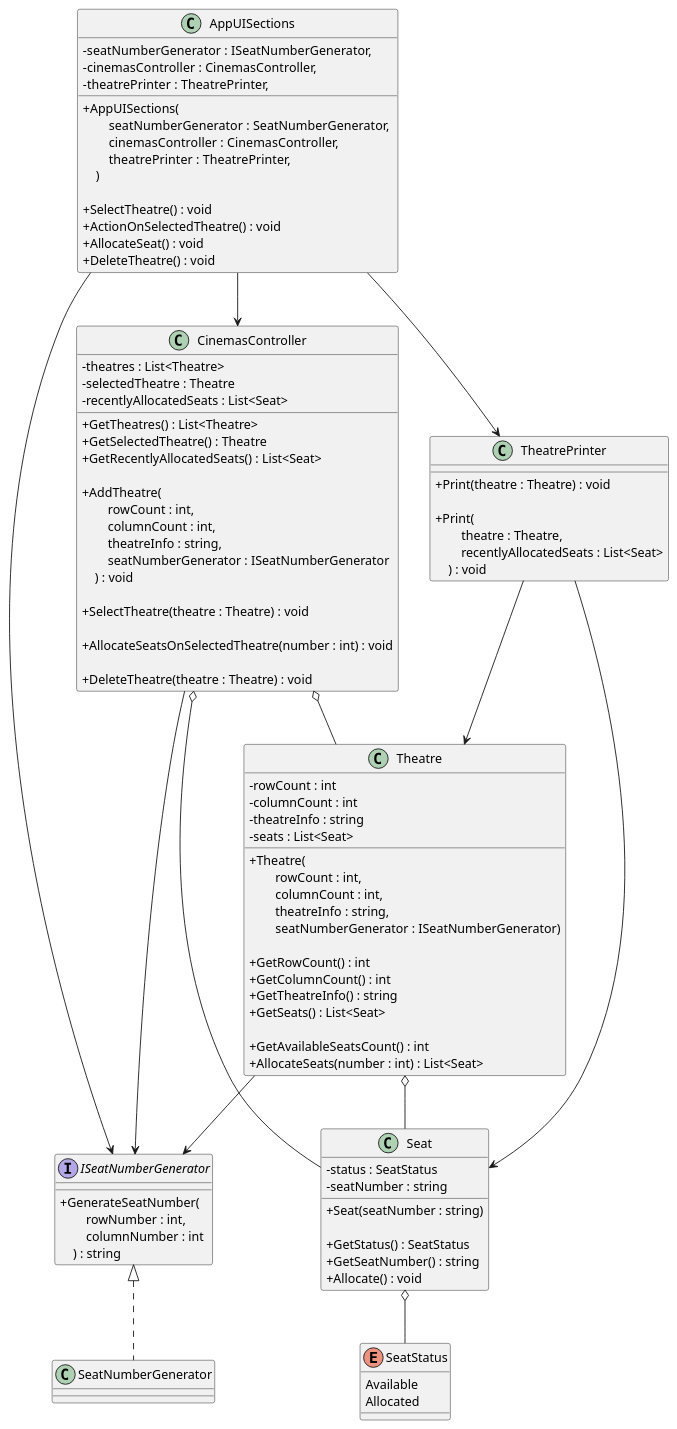
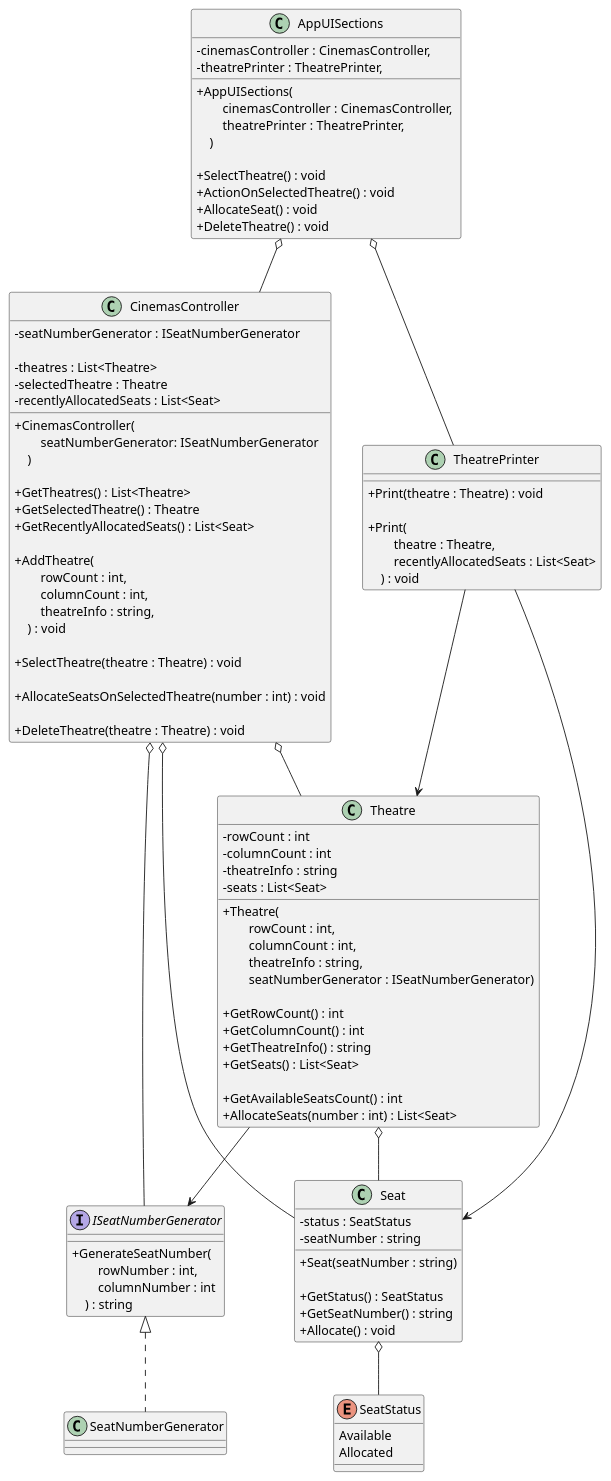
The diagram in diagrams/cinnamonCinemas.puml (iamfranco/CinnamonCinemasChallenge), drawn with PlantUML before and after one commit. The commit also changed 1 other file, not shown here.

Commit message:
UML: move ISeatNumberGenerator dependency from AppUISections to constructor of CinemasController

```diff
--- a/diagrams/cinnamonCinemas.puml
+++ b/diagrams/cinnamonCinemas.puml
@@ -1,118 +1,120 @@
 @startuml "cinnamon cinemas"
 skinparam ClassAttributeIconSize 0
 
 class AppUISections {
-    - seatNumberGenerator : ISeatNumberGenerator, 
     - cinemasController : CinemasController,
     - theatrePrinter : TheatrePrinter,
 
     + AppUISections( \n\
-        seatNumberGenerator : SeatNumberGenerator, \n\
         cinemasController : CinemasController, \n\
         theatrePrinter : TheatrePrinter, \n\
     )
 
     + SelectTheatre() : void
     + ActionOnSelectedTheatre() : void
     + AllocateSeat() : void
     + DeleteTheatre() : void
 }
 
 class TheatrePrinter {
     + Print(theatre : Theatre) : void
     
     + Print(\n\
         theatre : Theatre, \n\
         recentlyAllocatedSeats : List<Seat>\n\
     ) : void
 }
 
 interface ISeatNumberGenerator {
     + GenerateSeatNumber(\n\
         rowNumber : int, \n\
         columnNumber : int \n\
     ) : string
 }
 
 class SeatNumberGenerator {
 }
 
 class CinemasController {
+    - seatNumberGenerator : ISeatNumberGenerator
+
     - theatres : List<Theatre>
     - selectedTheatre : Theatre
     - recentlyAllocatedSeats : List<Seat>
+
+    + CinemasController(\n\
+        seatNumberGenerator: ISeatNumberGenerator\n\
+    )
 
     + GetTheatres() : List<Theatre>
     + GetSelectedTheatre() : Theatre
     + GetRecentlyAllocatedSeats() : List<Seat>
 
     + AddTheatre(\n\
         rowCount : int, \n\
         columnCount : int, \n\
         theatreInfo : string, \n\
-        seatNumberGenerator : ISeatNumberGenerator\n\
     ) : void
 
     + SelectTheatre(theatre : Theatre) : void
 
     + AllocateSeatsOnSelectedTheatre(number : int) : void
 
     + DeleteTheatre(theatre : Theatre) : void
 }
 
 class Theatre {
     - rowCount : int
     - columnCount : int
     - theatreInfo : string
     - seats : List<Seat>
 
     + Theatre(\n\
         rowCount : int, \n\
         columnCount : int, \n\
         theatreInfo : string, \n\
         seatNumberGenerator : ISeatNumberGenerator)
 
     + GetRowCount() : int
     + GetColumnCount() : int
     + GetTheatreInfo() : string
     + GetSeats() : List<Seat>
 
     + GetAvailableSeatsCount() : int
     + AllocateSeats(number : int) : List<Seat>
 }
 
 class Seat {
     - status : SeatStatus
     - seatNumber : string
 
     + Seat(seatNumber : string)
 
     + GetStatus() : SeatStatus
     + GetSeatNumber() : string
     + Allocate() : void
 }
 
 Enum SeatStatus {
     Available
     Allocated
 }
 
-AppUISections --> ISeatNumberGenerator
-AppUISections --> CinemasController
-AppUISections --> TheatrePrinter
+AppUISections o-- CinemasController
+AppUISections o-- TheatrePrinter
 
 CinemasController o-- Theatre
 CinemasController o--- Seat
-CinemasController --> ISeatNumberGenerator
+CinemasController o-- ISeatNumberGenerator
 
 TheatrePrinter --> Theatre
 TheatrePrinter ---> Seat
 
 Theatre o-- Seat
 Theatre --> ISeatNumberGenerator
 
 ISeatNumberGenerator <|.. SeatNumberGenerator
 
 Seat o-- SeatStatus
 
 @enduml
```
